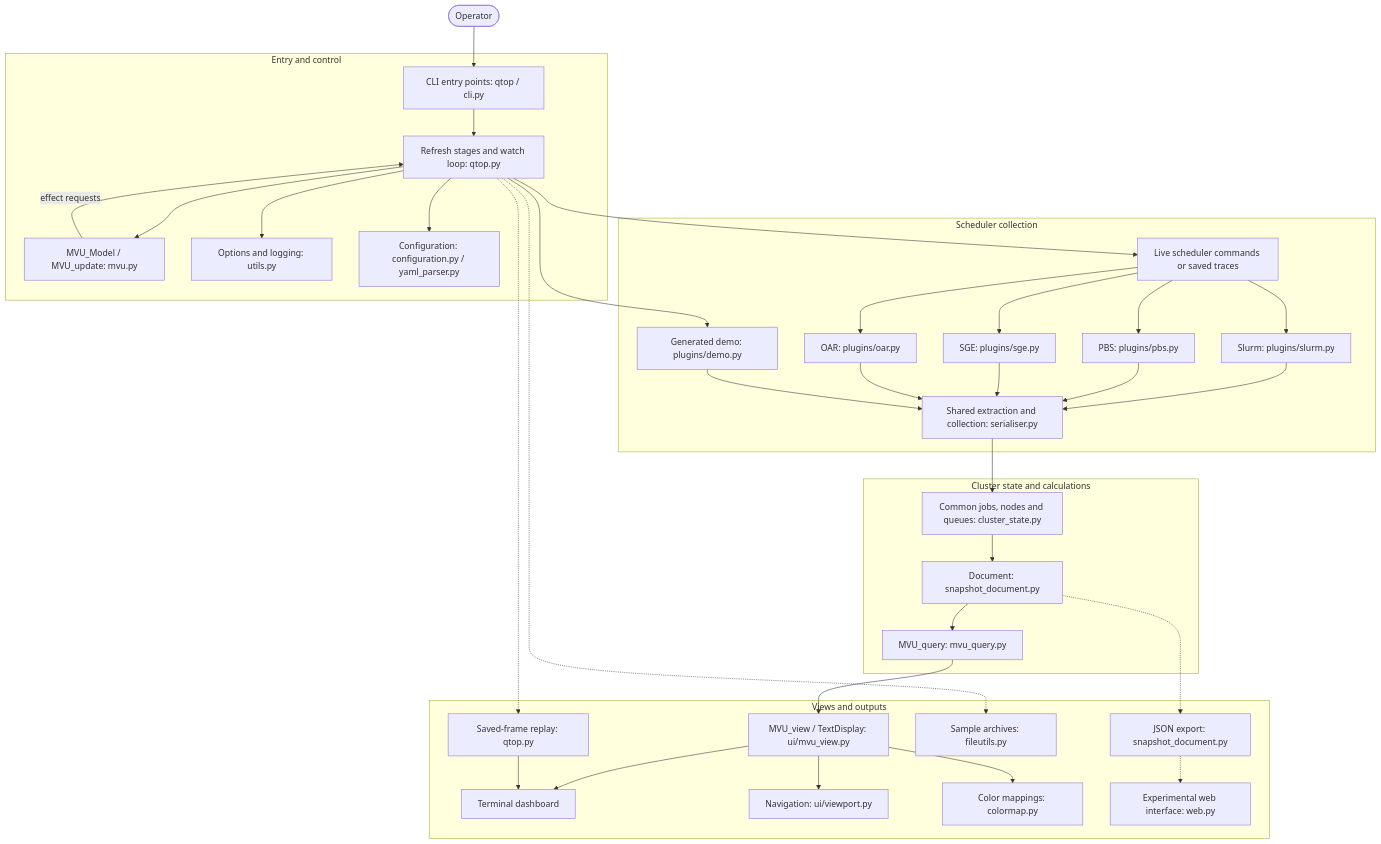
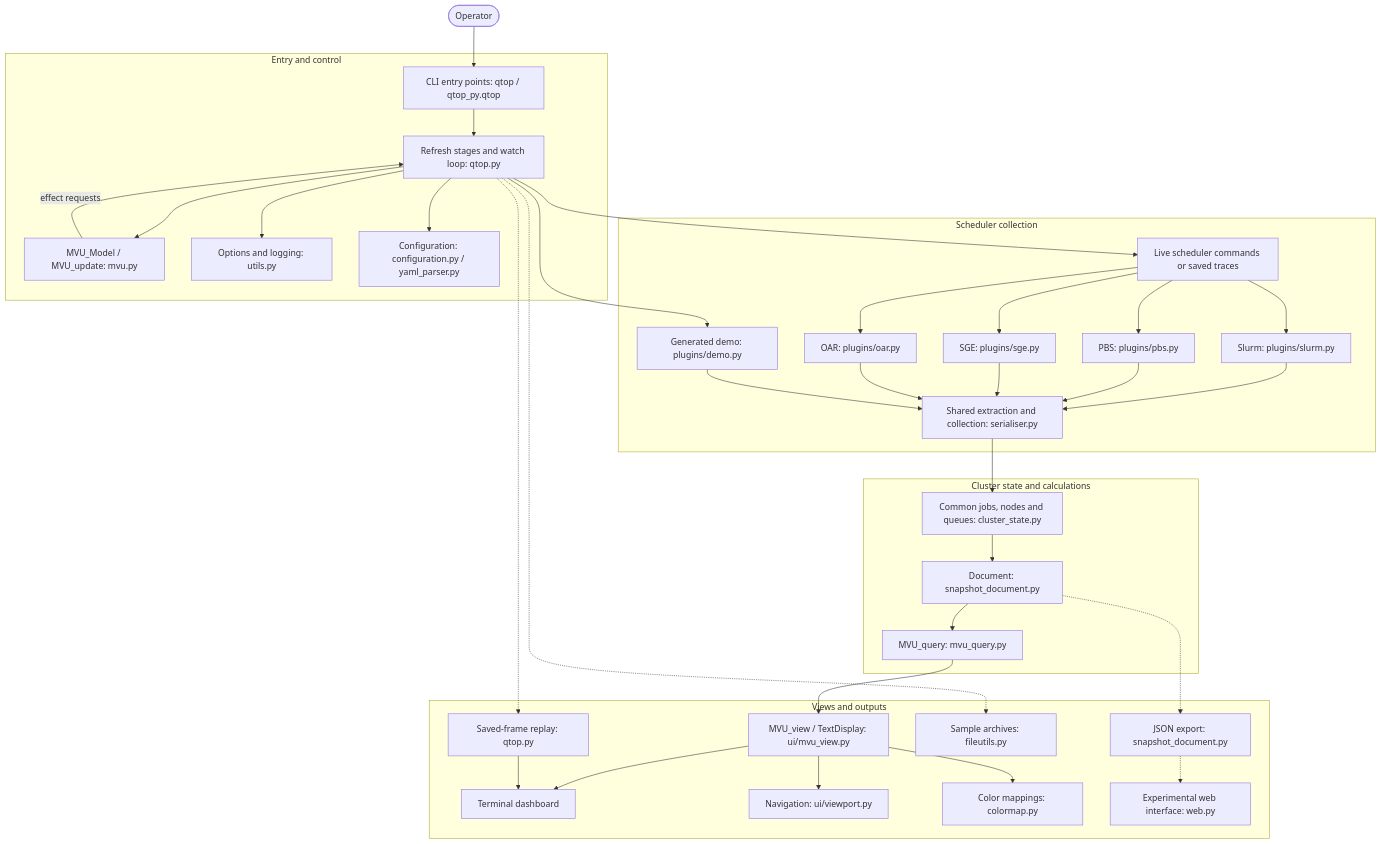
The diagram in docs/architecture.md (qtop/qtop), drawn with Mermaid before and after one commit. The commit also changed other lines of this file and 7 other files, not shown here.

Commit message:
Refactor: Drop the qtop_py/cli.py shim; launcher and tools run qtop_py.qtop, guarded against main-module back-imports

````diff
--- a/docs/architecture.md
+++ b/docs/architecture.md
@@ -16,68 +16,68 @@
 ```mermaid
 flowchart TB
     operator([Operator])
 
     subgraph entry["Entry and control"]
-        cli["CLI entry points: qtop / cli.py"]
+        cli["CLI entry points: qtop / qtop_py.qtop"]
         runtime["Refresh stages and watch loop: qtop.py"]
         update["MVU_Model / MVU_update: mvu.py"]
         runtime --> update
         update -->|effect requests| runtime
         options["Options and logging: utils.py"]
         config["Configuration: configuration.py / yaml_parser.py"]
         cli --> runtime
         runtime --> options
         runtime --> config
     end
     operator --> cli
 
     subgraph collection["Scheduler collection"]
         files["Live scheduler commands or saved traces"]
         slurm["Slurm: plugins/slurm.py"]
         pbs["PBS: plugins/pbs.py"]
         sge["SGE: plugins/sge.py"]
         oar["OAR: plugins/oar.py"]
         demo["Generated demo: plugins/demo.py"]
         shared["Shared extraction and collection: serialiser.py"]
         files --> slurm
         files --> pbs
         files --> sge
         files --> oar
         slurm --> shared
         pbs --> shared
         sge --> shared
         oar --> shared
         demo --> shared
     end
     runtime --> files
     runtime --> demo
 
     subgraph state["Cluster state and calculations"]
         model["Common jobs, nodes and queues: cluster_state.py"]
         document["Document: snapshot_document.py"]
         calculations["MVU_query: mvu_query.py"]
         model --> document
         document --> calculations
     end
     shared --> model
 
     subgraph outputs["Views and outputs"]
         render["MVU_view / TextDisplay: ui/mvu_view.py"]
         terminal["Terminal dashboard"]
         viewport["Navigation: ui/viewport.py"]
         colors["Color mappings: colormap.py"]
         json["JSON export: snapshot_document.py"]
         capture["Sample archives: fileutils.py"]
         replay["Saved-frame replay: qtop.py"]
         web["Experimental web interface: web.py"]
         render --> terminal
         render --> viewport
         render --> colors
         json -.-> web
         replay --> terminal
     end
     calculations --> render
     document -.-> json
     runtime -.-> capture
     runtime -.-> replay
 ```
````
